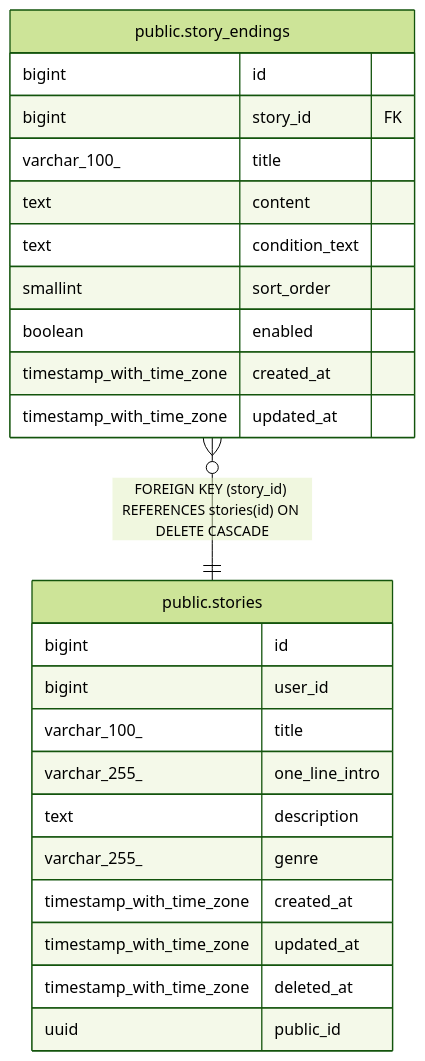
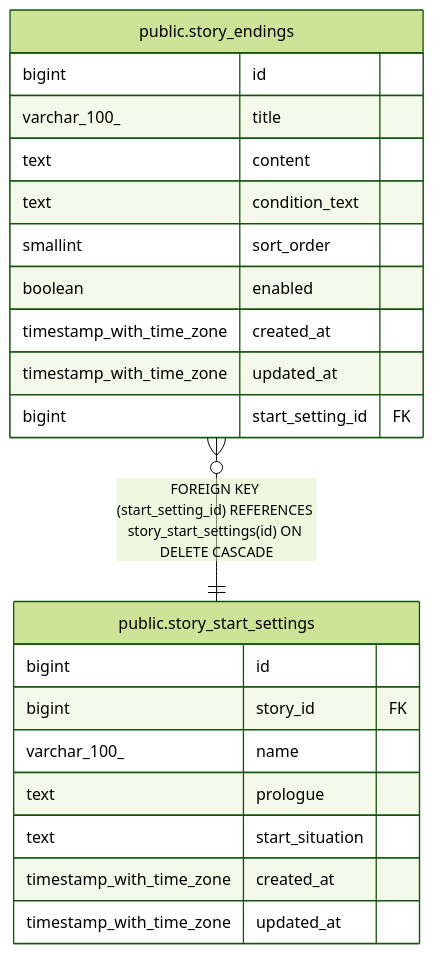
One commit to KIM-N-KANG/manyak-server changed the diagram in dbdoc/public.story_endings.md. Above: the diagram before and after it, drawn with Mermaid (forest theme). The commit also changed other lines of this file and 15 other files, not shown here.

````diff
--- a/dbdoc/public.story_endings.md
+++ b/dbdoc/public.story_endings.md
@@ -35,29 +36,26 @@
 ```mermaid
 erDiagram
 
-"public.story_endings" }o--|| "public.stories" : "FOREIGN KEY (story_id) REFERENCES stories(id) ON DELETE CASCADE"
+"public.story_endings" }o--|| "public.story_start_settings" : "FOREIGN KEY (start_setting_id) REFERENCES story_start_settings(id) ON DELETE CASCADE"
 
 "public.story_endings" {
   bigint id
-  bigint story_id FK
   varchar_100_ title
   text content
   text condition_text
   smallint sort_order
   boolean enabled
   timestamp_with_time_zone created_at
   timestamp_with_time_zone updated_at
+  bigint start_setting_id FK
 }
-"public.stories" {
+"public.story_start_settings" {
   bigint id
-  bigint user_id
-  varchar_100_ title
-  varchar_255_ one_line_intro
-  text description
-  varchar_255_ genre
+  bigint story_id FK
+  varchar_100_ name
+  text prologue
+  text start_situation
   timestamp_with_time_zone created_at
   timestamp_with_time_zone updated_at
-  timestamp_with_time_zone deleted_at
-  uuid public_id
 }
 ```
````
